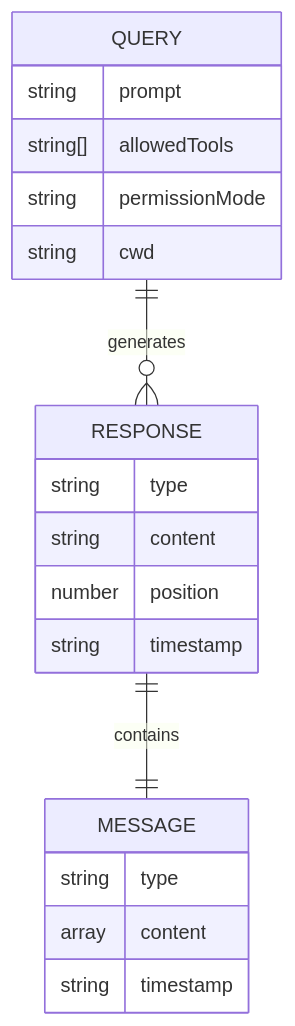
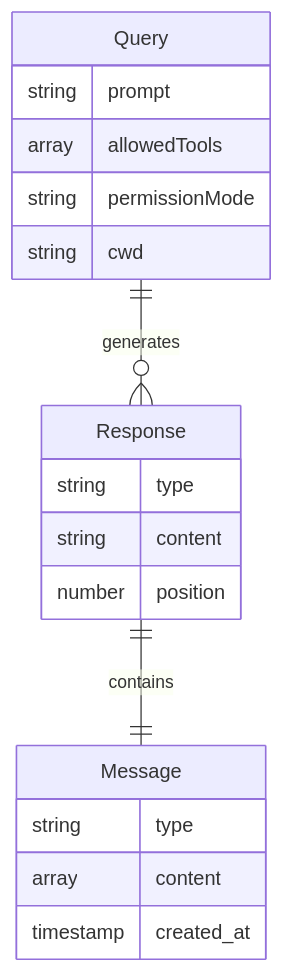
The fifth of 5 diagrams in demo-real/demo-real-Technical-Overview.md (danielli0522/cc-sdk-demo), drawn with Mermaid before and after one commit. The commit also changed other lines of this file and 3 other files, not shown here.

````diff
--- a/demo-real/demo-real-Technical-Overview.md
+++ b/demo-real/demo-real-Technical-Overview.md
@@ -160,25 +90,21 @@
 ```mermaid
 erDiagram
-    QUERY {
+    Query {
         string prompt
-        string[] allowedTools
+        array allowedTools
         string permissionMode
         string cwd
     }
-    
-    RESPONSE {
+    Response {
         string type
         string content
         number position
-        string timestamp
     }
-    
-    MESSAGE {
+    Message {
         string type
         array content
-        string timestamp
+        timestamp created_at
     }
-    
-    QUERY ||--o{ RESPONSE : generates
-    RESPONSE ||--|| MESSAGE : contains
+    Query ||--o{ Response : generates
+    Response ||--|| Message : contains
 ```
````
